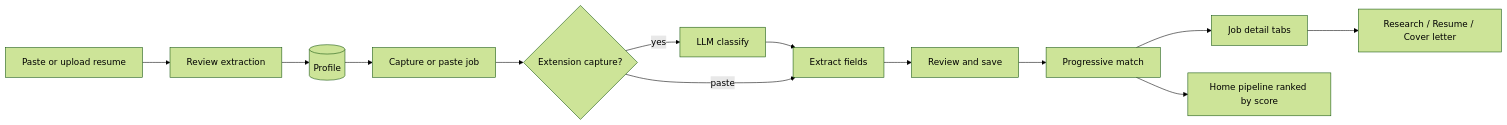
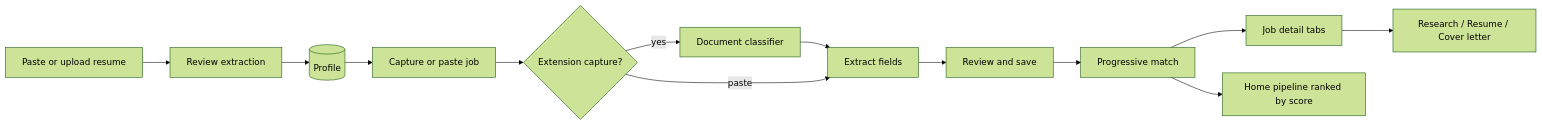
One commit to semirturgay/ai-career-os changed the diagram in docs/project-status.md. Above: the diagram before and after it, drawn with Mermaid (forest theme). The commit also changed other lines of this file and 33 other files, not shown here.

First line of the commit message:
feat(capture): replace LLM classify with chunked document classifier

````diff
--- a/docs/project-status.md
+++ b/docs/project-status.md
@@ -13,15 +13,15 @@
 ```mermaid
 flowchart LR
     A[Paste or upload resume] --> B[Review extraction]
     B --> C[(Profile)]
     C --> D[Capture or paste job]
     D --> E{Extension capture?}
-    E -->|yes| F[LLM classify]
+    E -->|yes| F[Document classifier]
     F --> G[Extract fields]
     E -->|paste| G
     G --> H[Review and save]
     H --> I[Progressive match]
     I --> J[Job detail tabs]
     J --> K[Research / Resume / Cover letter]
     I --> L[Home pipeline ranked by score]
 ```
````
